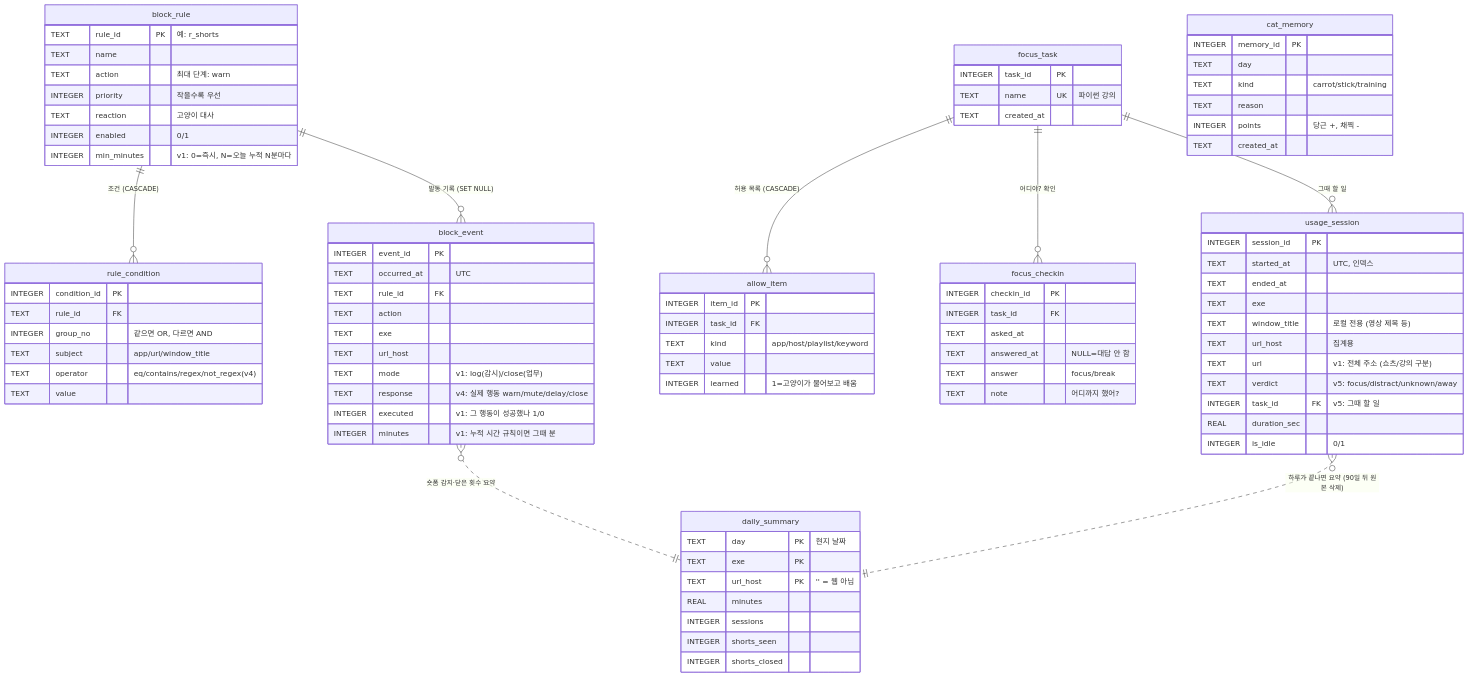
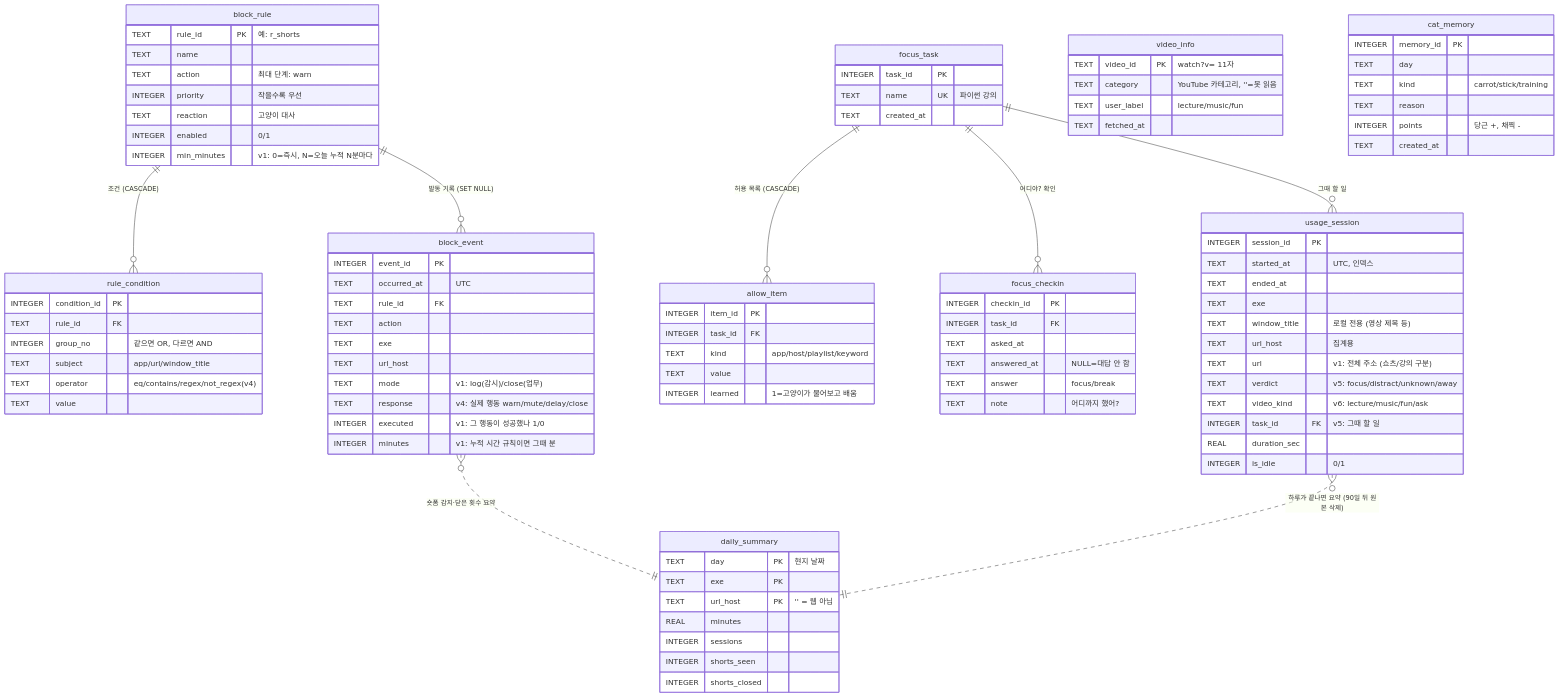
The diagram in 설계/sqlite(db설계도).md (lyw012012-cpu/cat-cat), drawn with Mermaid before and after one commit. The commit also changed other lines of this file and 5 other files, not shown here.

```diff
--- a/설계/sqlite(db설계도).md
+++ b/설계/sqlite(db설계도).md
@@ -45,6 +45,12 @@
         TEXT answered_at "NULL=대답 안 함"
         TEXT answer "focus/break"
         TEXT note "어디까지 했어?"
+    }
+    video_info {
+        TEXT video_id PK "watch?v= 11자"
+        TEXT category "YouTube 카테고리, ''=못 읽음"
+        TEXT user_label "lecture/music/fun"
+        TEXT fetched_at
     }
     cat_memory {
         INTEGER memory_id PK
@@ -93,6 +99,7 @@
         TEXT url_host "집계용"
         TEXT url "v1: 전체 주소 (쇼츠/강의 구분)"
         TEXT verdict "v5: focus/distract/unknown/away"
+        TEXT video_kind "v6: lecture/music/fun/ask"
         INTEGER task_id FK "v5: 그때 할 일"
         REAL duration_sec
         INTEGER is_idle "0/1"
```
